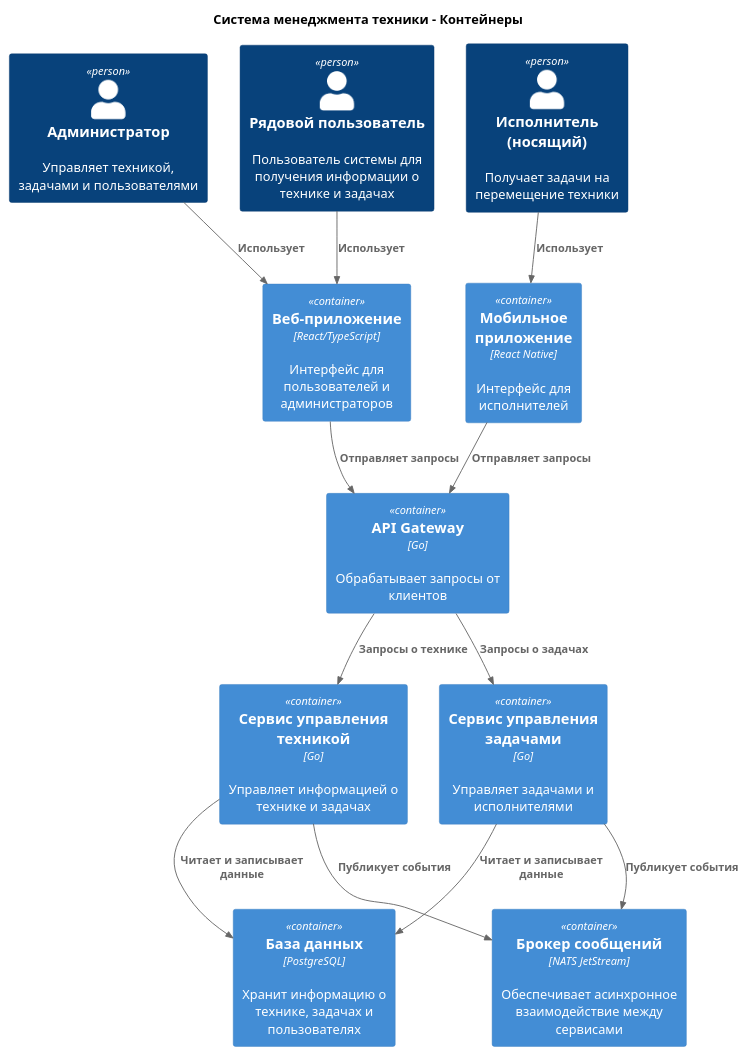
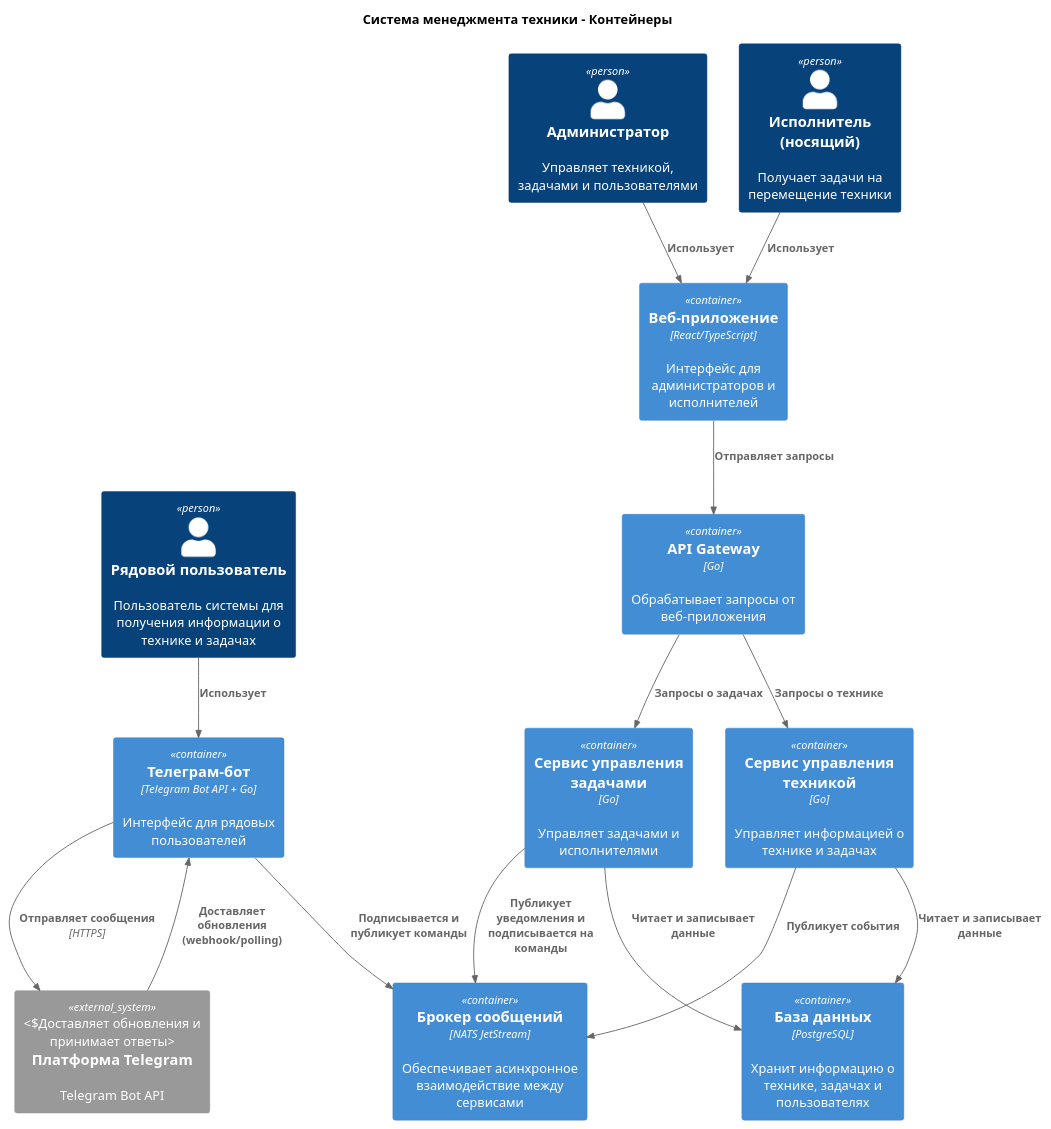
One commit to artmexbet/TechnoPlanner changed the diagram in diagrams/container-c4.puml. Above: the diagram before and after it, drawn with PlantUML. The commit also changed 4 other files, not shown here.

```diff
--- a/diagrams/container-c4.puml
+++ b/diagrams/container-c4.puml
@@ -1,32 +1,35 @@
 @startuml
 !include https://raw.githubusercontent.com/plantuml-stdlib/C4-PlantUML/master/C4_Container.puml
 
 ' Диаграмма контейнеров
 LAYOUT_TOP_DOWN()
 title Система менеджмента техники - Контейнеры
 
 Person(user, "Рядовой пользователь", "Пользователь системы для получения информации о технике и задачах")
 Person(admin, "Администратор", "Управляет техникой, задачами и пользователями")
 Person(carrier, "Исполнитель (носящий)", "Получает задачи на перемещение техники")
 
-Container(webApp, "Веб-приложение", "React/TypeScript", "Интерфейс для пользователей и администраторов")
-Container(mobileApp, "Мобильное приложение", "React Native", "Интерфейс для исполнителей")
-Container(apiGateway, "API Gateway", "Go", "Обрабатывает запросы от клиентов")
+Container(webApp, "Веб-приложение", "React/TypeScript", "Интерфейс для администраторов и исполнителей")
+Container(telegramBot, "Телеграм-бот", "Telegram Bot API + Go", "Интерфейс для рядовых пользователей")
+Container(apiGateway, "API Gateway", "Go", "Обрабатывает запросы от веб-приложения")
 Container(serviceTechManagement, "Сервис управления техникой", "Go", "Управляет информацией о технике и задачах")
 Container(serviceTaskManagement, "Сервис управления задачами", "Go", "Управляет задачами и исполнителями")
 Container(database, "База данных", "PostgreSQL", "Хранит информацию о технике, задачах и пользователях")
 Container(messageBroker, "Брокер сообщений", "NATS JetStream", "Обеспечивает асинхронное взаимодействие между сервисами")
+System_Ext(telegramPlatform, "Платформа Telegram", "Telegram Bot API", "Доставляет обновления и принимает ответы")
 
-Rel(user, webApp, "Использует")
+Rel(user, telegramBot, "Использует")
 Rel(admin, webApp, "Использует")
-Rel(carrier, mobileApp, "Использует")
+Rel(carrier, webApp, "Использует")
 Rel(webApp, apiGateway, "Отправляет запросы")
-Rel(mobileApp, apiGateway, "Отправляет запросы")
+Rel(telegramPlatform, telegramBot, "Доставляет обновления (webhook/polling)")
+Rel(telegramBot, telegramPlatform, "Отправляет сообщения", "HTTPS")
+Rel(telegramBot, messageBroker, "Подписывается и публикует команды")
 Rel(apiGateway, serviceTechManagement, "Запросы о технике")
 Rel(apiGateway, serviceTaskManagement, "Запросы о задачах")
 Rel(serviceTechManagement, database, "Читает и записывает данные")
 Rel(serviceTaskManagement, database, "Читает и записывает данные")
 Rel(serviceTechManagement, messageBroker, "Публикует события")
-Rel(serviceTaskManagement, messageBroker, "Публикует события")
+Rel(serviceTaskManagement, messageBroker, "Публикует уведомления и подписывается на команды")
 
 @enduml
```
